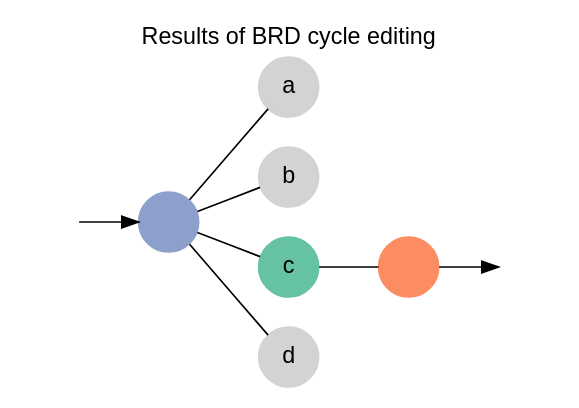
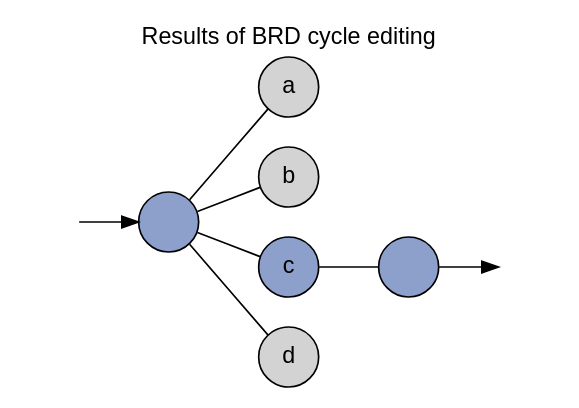
Before and after one commit to evoapps/wikischolar: the diagram in wikischolarlib/inst/extdata/edit-tree.gv, drawn with Graphviz.

Commit message:
Use single color in edit tree gv

```diff
--- a/wikischolarlib/inst/extdata/edit-tree.gv
+++ b/wikischolarlib/inst/extdata/edit-tree.gv
@@ -1,27 +1,27 @@
 digraph {
     label="Results of BRD cycle editing";
     fontname=Helvetica;
     labelloc=t;
-    rankdir = LR;
-    node[shape=circle; fontname=helvetica, style=filled, color="lightgray"];
+    rankdir=LR;
+    node[shape=circle; fontname=helvetica, style=filled];
     edge[dir=none];
 
     x -> y[dir=forward];
     y -> {a, b, c, d};
     c -> z;
     z -> o[dir=forward];
 
     x[style=invis];
     y[label=""];
     z[label=""];
     o[style=invis];
 
     // Parent
-    y[fillcolor="#8da0cb", color="#8da0cb"];
+    y[fillcolor="#8da0cb"];
 
     // Selected
-    c[fillcolor="#66c2a5", color="#66c2a5"];
+    c[fillcolor="#8da0cb"];
 
     // Extant
-    z[fillcolor="#fc8d62", color="#fc8d62"];
+    z[fillcolor="#8da0cb"];
 }
```
